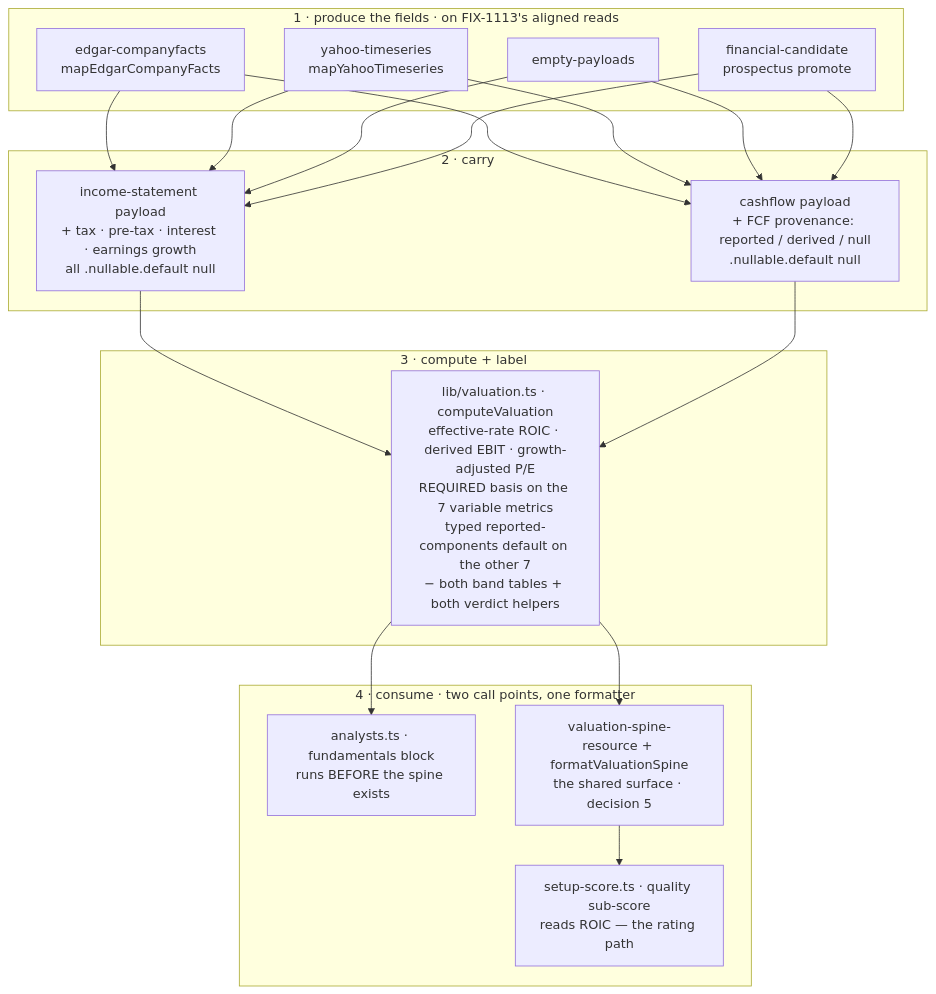
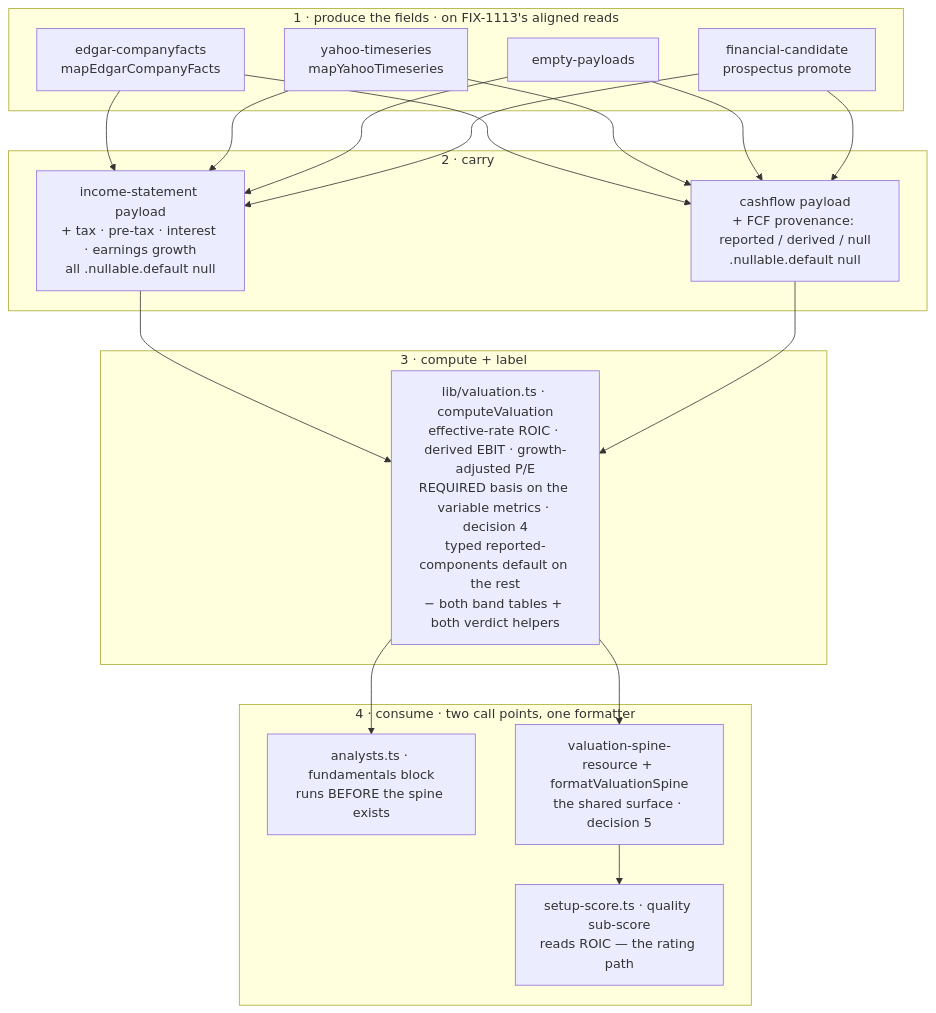
Before and after one commit to fixpoint-labs/flow-state-dev: the diagram in spec/FIX-1064.md, drawn with Mermaid. The commit also changed other lines of this file, not shown here.

First line of the commit message:
spec(FIX-1064): fold review round 15 — replace decision 5's reason, restate less

````diff
--- a/spec/FIX-1064.md
+++ b/spec/FIX-1064.md
@@ -366,25 +377,25 @@
 ```mermaid
 flowchart TB
   subgraph produce[1 · produce the fields · on FIX-1113's aligned reads]
     ED[edgar-companyfacts<br/>mapEdgarCompanyFacts]
     YA[yahoo-timeseries<br/>mapYahooTimeseries]
     EP[empty-payloads]
     PR[financial-candidate<br/>prospectus promote]
   end
   subgraph carry[2 · carry]
     IS[income-statement payload<br/>+ tax · pre-tax · interest · earnings growth<br/>all .nullable.default null]
     CF[cashflow payload<br/>+ FCF provenance: reported / derived / null<br/>.nullable.default null]
   end
   subgraph compute[3 · compute + label]
-    DV[lib/valuation.ts · computeValuation<br/>effective-rate ROIC · derived EBIT · growth-adjusted P/E<br/>REQUIRED basis on the 7 variable metrics<br/>typed reported-components default on the other 7<br/>− both band tables + both verdict helpers]
+    DV[lib/valuation.ts · computeValuation<br/>effective-rate ROIC · derived EBIT · growth-adjusted P/E<br/>REQUIRED basis on the variable metrics · decision 4<br/>typed reported-components default on the rest<br/>− both band tables + both verdict helpers]
   end
   subgraph consume[4 · consume · two call points, one formatter]
     AN[analysts.ts · fundamentals block<br/>runs BEFORE the spine exists]
     SP[valuation-spine-resource + formatValuationSpine<br/>the shared surface · decision 5]
     QS[setup-score.ts · quality sub-score<br/>reads ROIC — the rating path]
   end
   ED & YA & EP & PR --> IS --> DV
   ED & YA & EP & PR --> CF --> DV
   DV --> AN
   DV --> SP --> QS
 ```
````
